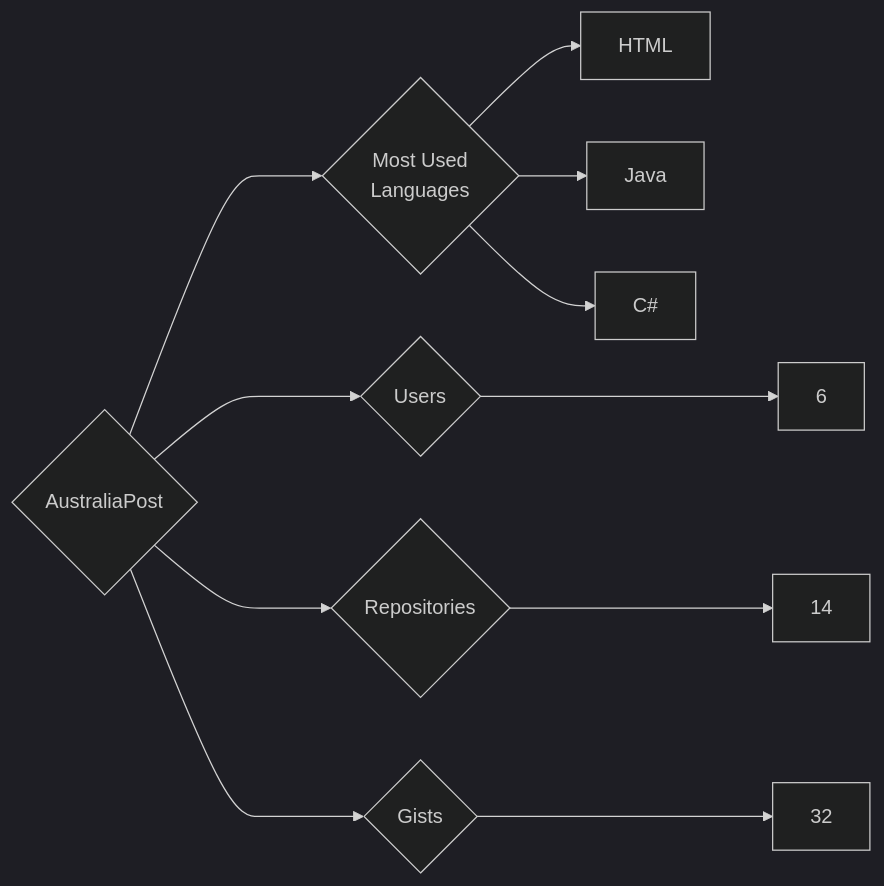
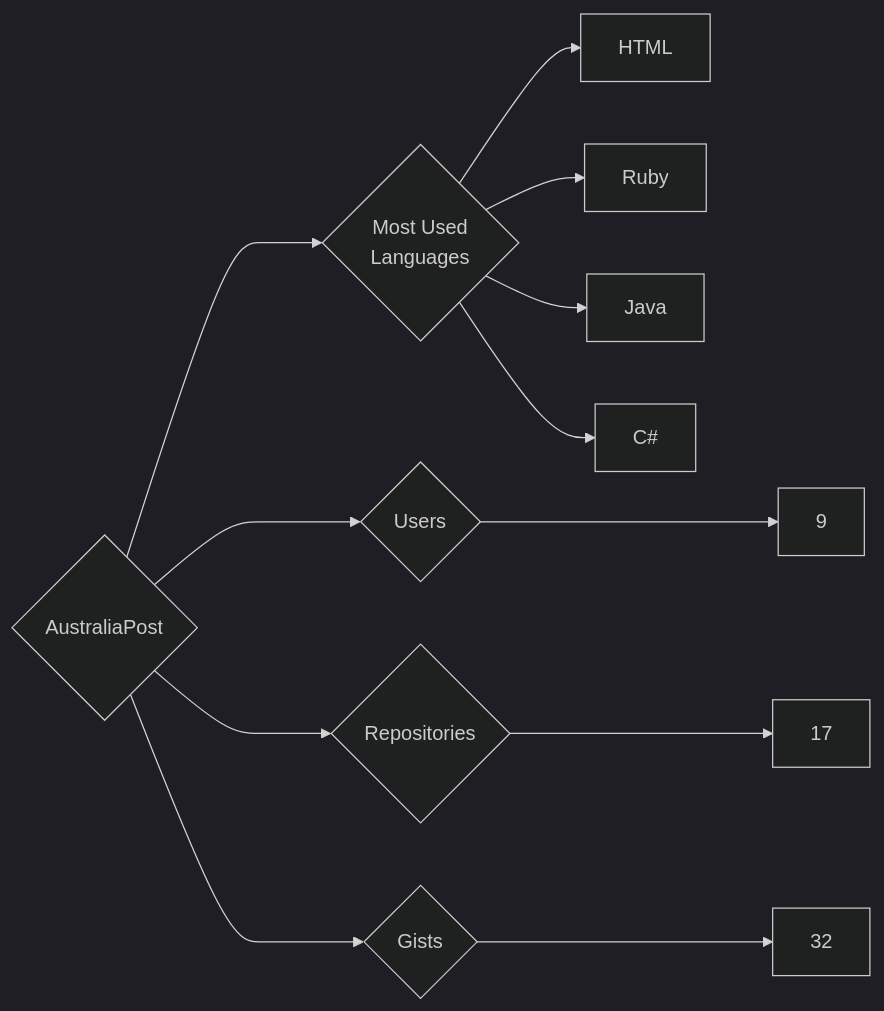
Before and after one commit to trickest/insiders: the diagram in targets/AustraliaPost/README.md, drawn with Mermaid (dark theme). The commit also changed 1212 other files, not shown here.

````diff
--- a/targets/AustraliaPost/README.md
+++ b/targets/AustraliaPost/README.md
@@ -3,11 +3,12 @@
 ```mermaid
 graph LR
 COMPANY_NAME{AustraliaPost}
-COMPANY_NAME ---> U{Users} ---> UN[6]
-COMPANY_NAME ---> R{Repositories} ---> RN[14]
+COMPANY_NAME ---> U{Users} ---> UN[9]
+COMPANY_NAME ---> R{Repositories} ---> RN[17]
 COMPANY_NAME ---> G{Gists} ---> GN[32]
 COMPANY_NAME ---> ML{Most Used<br>Languages}
 ML --> HTML[HTML]
+ML --> Ruby[Ruby]
 ML --> Java[Java]
 ML --> C#[C#]
 ```
````
